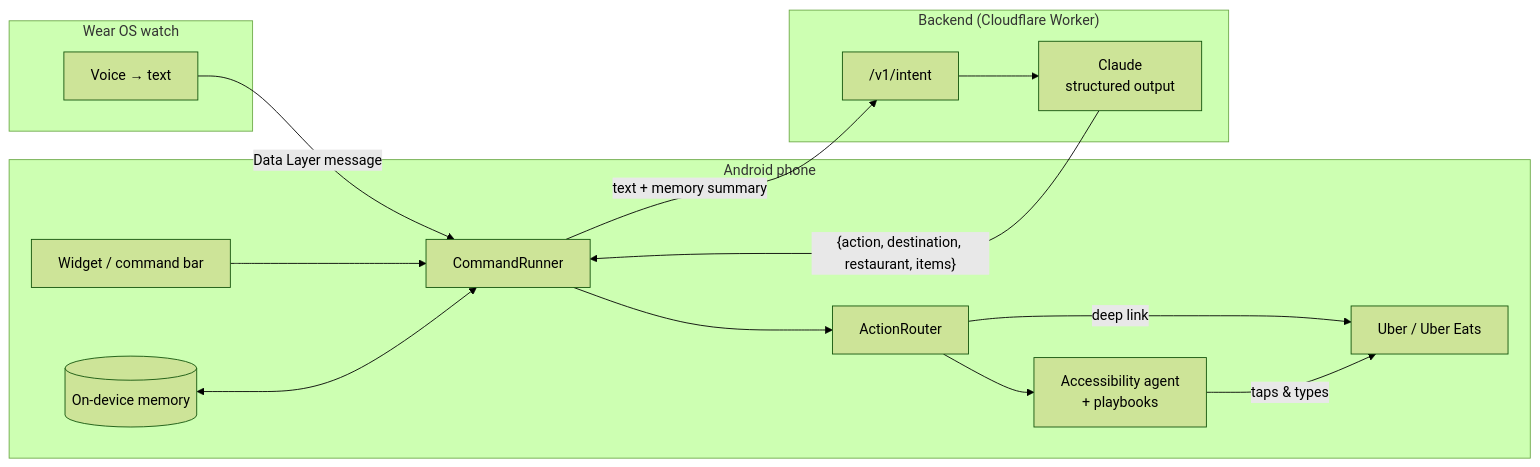
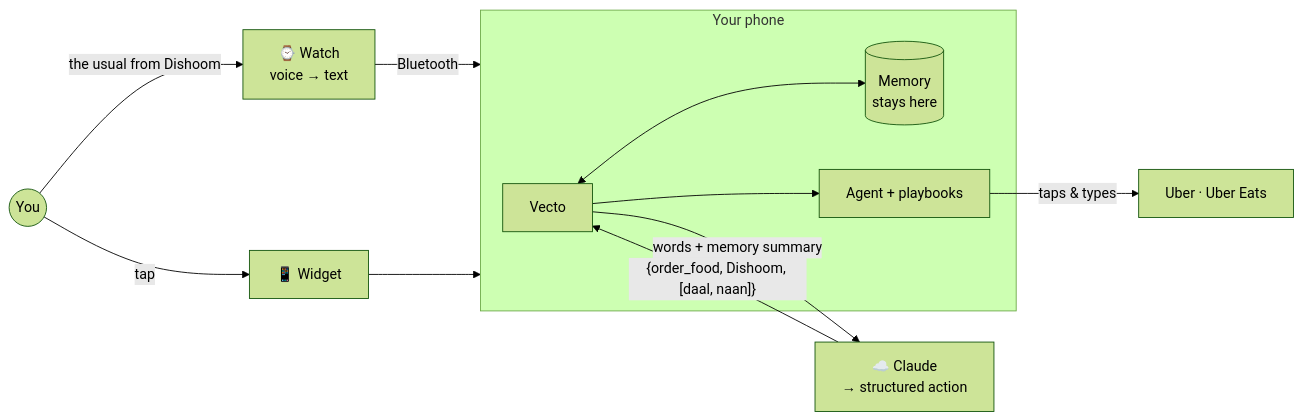
One commit to boii0boii/vecto changed the diagram in README.md. Above: the diagram before and after it, drawn with Mermaid (forest theme). The commit also changed other lines of this file, not shown here.

Commit message:
Rewrite README as a story-first introduction to Vecto

````diff
--- a/README.md
+++ b/README.md
@@ -39,27 +79,16 @@
 ```mermaid
 flowchart LR
-    subgraph Watch["Wear OS watch"]
-        W[Voice → text]
-    end
-    subgraph Phone["Android phone"]
-        WG[Widget / command bar]
-        CR[CommandRunner]
-        M[(On-device memory)]
-        AR[ActionRouter]
-        AG[Accessibility agent<br/>+ playbooks]
-        UB[Uber / Uber Eats]
-    end
-    subgraph Cloud["Backend (Cloudflare Worker)"]
-        API["/v1/intent"]
-        LLM[Claude<br/>structured output]
+    You(("You")) -- "the usual from Dishoom" --> Watch["⌚ Watch<br/>voice → text"]
+    You -- tap --> Widget["📱 Widget"]
+    Watch -- Bluetooth --> Phone
+    Widget --> Phone
+
+    subgraph Phone["Your phone"]
+        Runner["Vecto"] <--> Memory[("Memory<br/>stays here")]
+        Runner --> Hands["Agent + playbooks"]
     end
 
-    W -- Data Layer message --> CR
-    WG --> CR
-    CR -- text + memory summary --> API --> LLM
-    LLM -- "{action, destination, restaurant, items}" --> CR
-    M <--> CR
-    CR --> AR
-    AR -- deep link --> UB
-    AR --> AG -- taps & types --> UB
+    Runner -- "words + memory summary" --> Brain["☁️ Claude<br/>→ structured action"]
+    Brain -- "{order_food, Dishoom, [daal, naan]}" --> Runner
+    Hands -- taps & types --> Apps["Uber · Uber Eats"]
 ```
````
